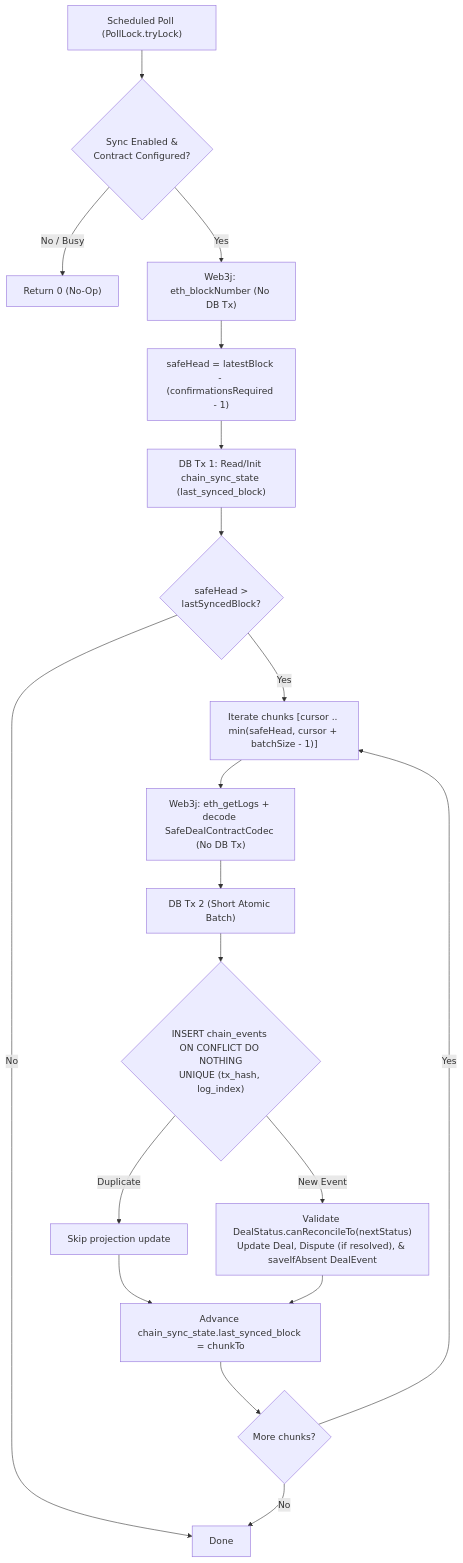
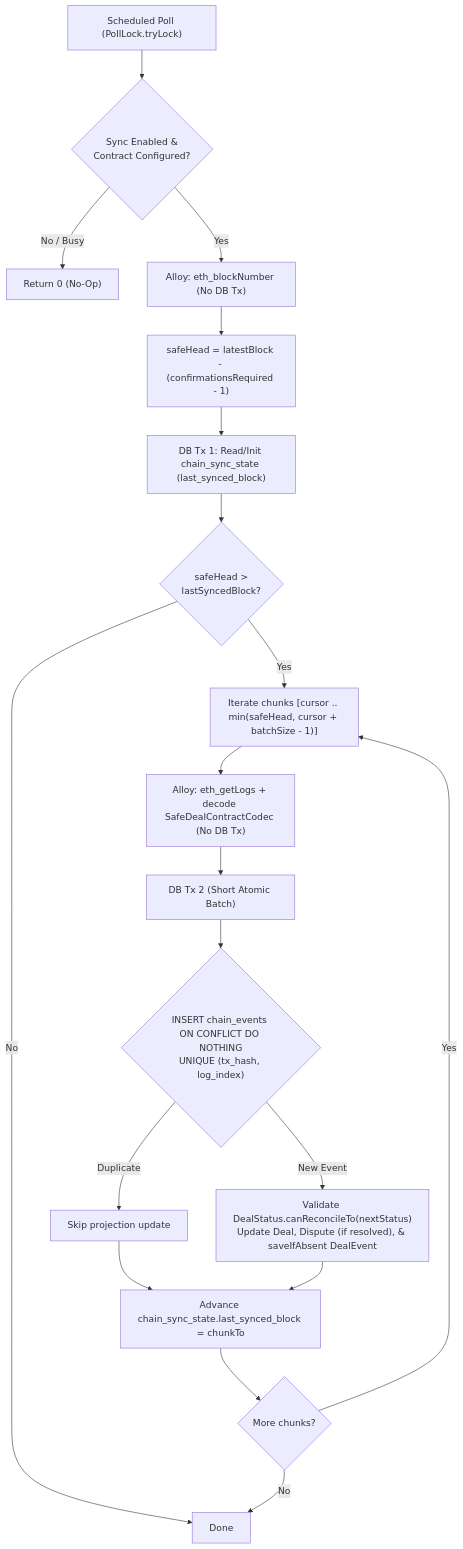
Before and after one commit to hienpham0344/SafeDeal: the second of 2 diagrams in docs/02-architecture.md, drawn with Mermaid. The commit also changed other lines of this file and 14 other files, not shown here.

````diff
--- a/docs/02-architecture.md
+++ b/docs/02-architecture.md
@@ -48,21 +48,21 @@
 ```mermaid
 flowchart TD
     T["Scheduled Poll (PollLock.tryLock)"] --> E{"Sync Enabled &<br/>Contract Configured?"}
     E -- "No / Busy" --> SKIP["Return 0 (No-Op)"]
-    E -- "Yes" --> RPC_HEAD["Web3j: eth_blockNumber (No DB Tx)"]
+    E -- "Yes" --> RPC_HEAD["Alloy: eth_blockNumber (No DB Tx)"]
     RPC_HEAD --> LAG["safeHead = latestBlock - (confirmationsRequired - 1)"]
     LAG --> CUR["DB Tx 1: Read/Init chain_sync_state (last_synced_block)"]
     CUR --> CMP{"safeHead ><br/>lastSyncedBlock?"}
     CMP -- "No" --> DONE["Done"]
     CMP -- "Yes" --> BATCH["Iterate chunks [cursor .. min(safeHead, cursor + batchSize - 1)]"]
-    BATCH --> LOGS["Web3j: eth_getLogs + decode SafeDealContractCodec (No DB Tx)"]
+    BATCH --> LOGS["Alloy: eth_getLogs + decode SafeDealContractCodec (No DB Tx)"]
     LOGS --> DB_TX2["DB Tx 2 (Short Atomic Batch)"]
     DB_TX2 --> DEDUP{"INSERT chain_events ON CONFLICT DO NOTHING<br/>UNIQUE (tx_hash, log_index)"}
     DEDUP -- "Duplicate" --> NEXT_EV["Skip projection update"]
     DEDUP -- "New Event" --> REC["Validate DealStatus.canReconcileTo(nextStatus)<br/>Update Deal, Dispute (if resolved), & saveIfAbsent DealEvent"]
     NEXT_EV --> CURSOR_ADV
     REC --> CURSOR_ADV["Advance chain_sync_state.last_synced_block = chunkTo"]
     CURSOR_ADV --> MORE{"More chunks?"}
     MORE -- "Yes" --> BATCH
     MORE -- "No" --> DONE
 ```
````
